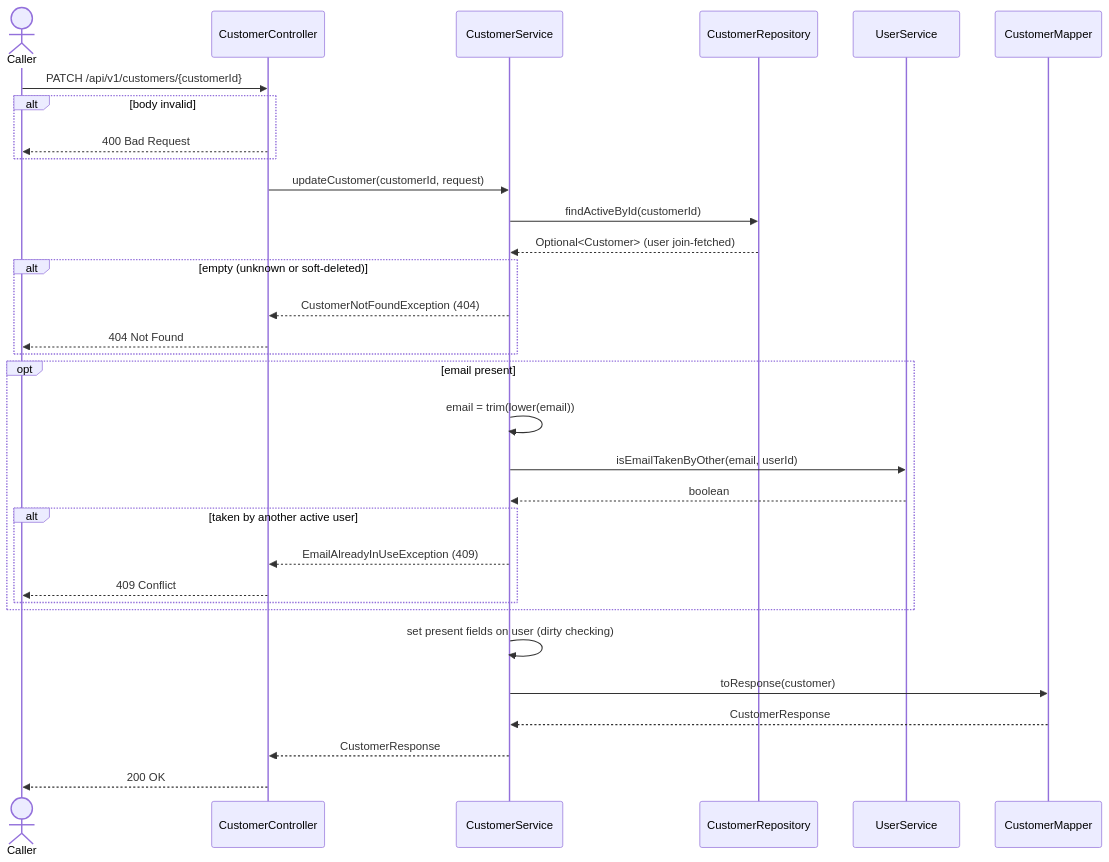
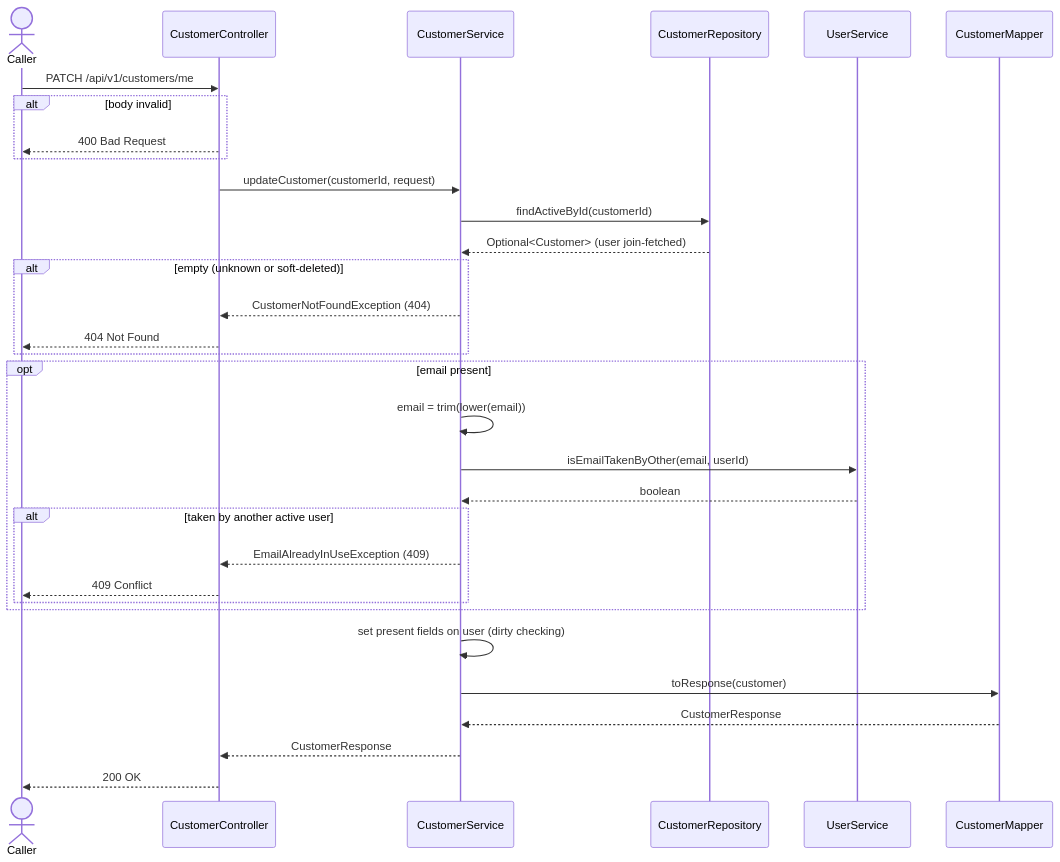
Before and after one commit to msmohammed0077-cmd/mentorship-restaurant: the first of 2 diagrams in restaurant/.docs/use-cases/customer-management/update-customer/update-customer.md, drawn with Mermaid. The commit also changed other lines of this file and 25 other files, not shown here.

````diff
--- a/restaurant/.docs/use-cases/customer-management/update-customer/update-customer.md
+++ b/restaurant/.docs/use-cases/customer-management/update-customer/update-customer.md
@@ -186,35 +189,35 @@
 ```mermaid
 sequenceDiagram
     actor Caller
     participant C as CustomerController
     participant H as CustomerService
     participant CR as CustomerRepository
     participant US as UserService
     participant M as CustomerMapper
 
-    Caller->>C: PATCH /api/v1/customers/{customerId}
+    Caller->>C: PATCH /api/v1/customers/me
     alt body invalid
         C-->>Caller: 400 Bad Request
     end
     C->>H: updateCustomer(customerId, request)
     H->>CR: findActiveById(customerId)
     CR-->>H: Optional<Customer> (user join-fetched)
     alt empty (unknown or soft-deleted)
         H-->>C: CustomerNotFoundException (404)
         C-->>Caller: 404 Not Found
     end
     opt email present
         H->>H: email = trim(lower(email))
         H->>US: isEmailTakenByOther(email, userId)
         US-->>H: boolean
         alt taken by another active user
             H-->>C: EmailAlreadyInUseException (409)
             C-->>Caller: 409 Conflict
         end
     end
     H->>H: set present fields on user (dirty checking)
     H->>M: toResponse(customer)
     M-->>H: CustomerResponse
     H-->>C: CustomerResponse
     C-->>Caller: 200 OK
 ```
````
